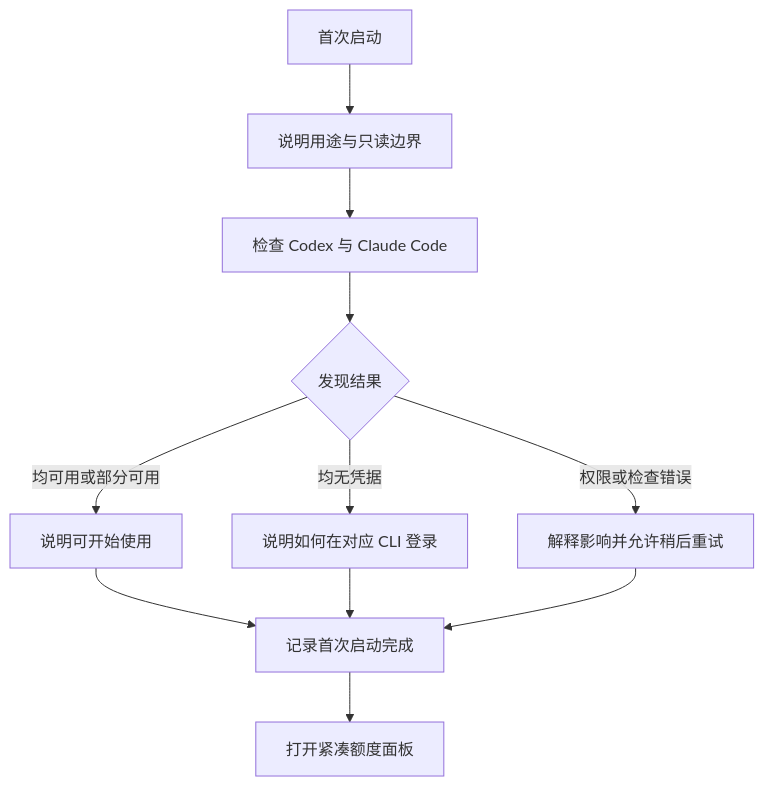
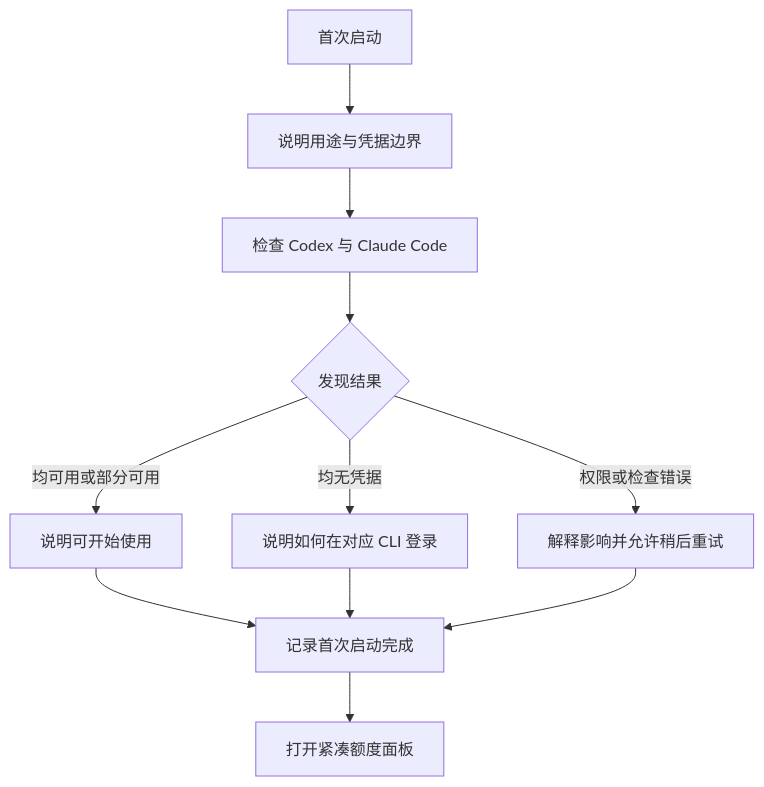
The second of 3 diagrams in docs/信息架构与核心流程.md (nanvon/cc-trace), drawn with Mermaid before and after one commit. The commit also changed other lines of this file and 26 other files, not shown here.

````diff
--- a/docs/信息架构与核心流程.md
+++ b/docs/信息架构与核心流程.md
@@ -298,13 +300,13 @@
 ```mermaid
 flowchart TD
-    A["首次启动"] --> B["说明用途与只读边界"]
+    A["首次启动"] --> B["说明用途与凭据边界"]
     B --> C["检查 Codex 与 Claude Code"]
     C --> D{"发现结果"}
     D -->|"均可用或部分可用"| E["说明可开始使用"]
     D -->|"均无凭据"| F["说明如何在对应 CLI 登录"]
     D -->|"权限或检查错误"| G["解释影响并允许稍后重试"]
     E --> H["记录首次启动完成"]
     F --> H
     G --> H
     H --> I["打开紧凑额度面板"]
 ```
````
